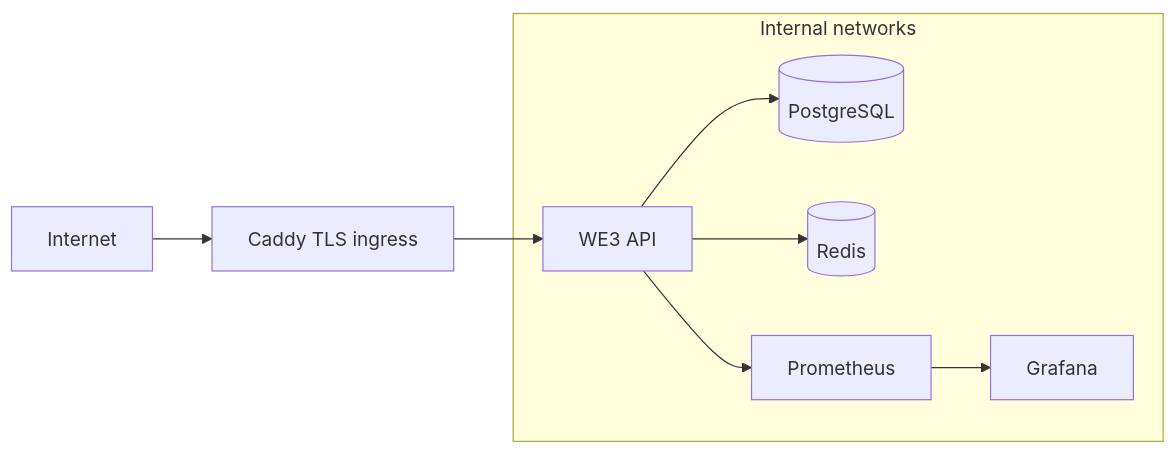
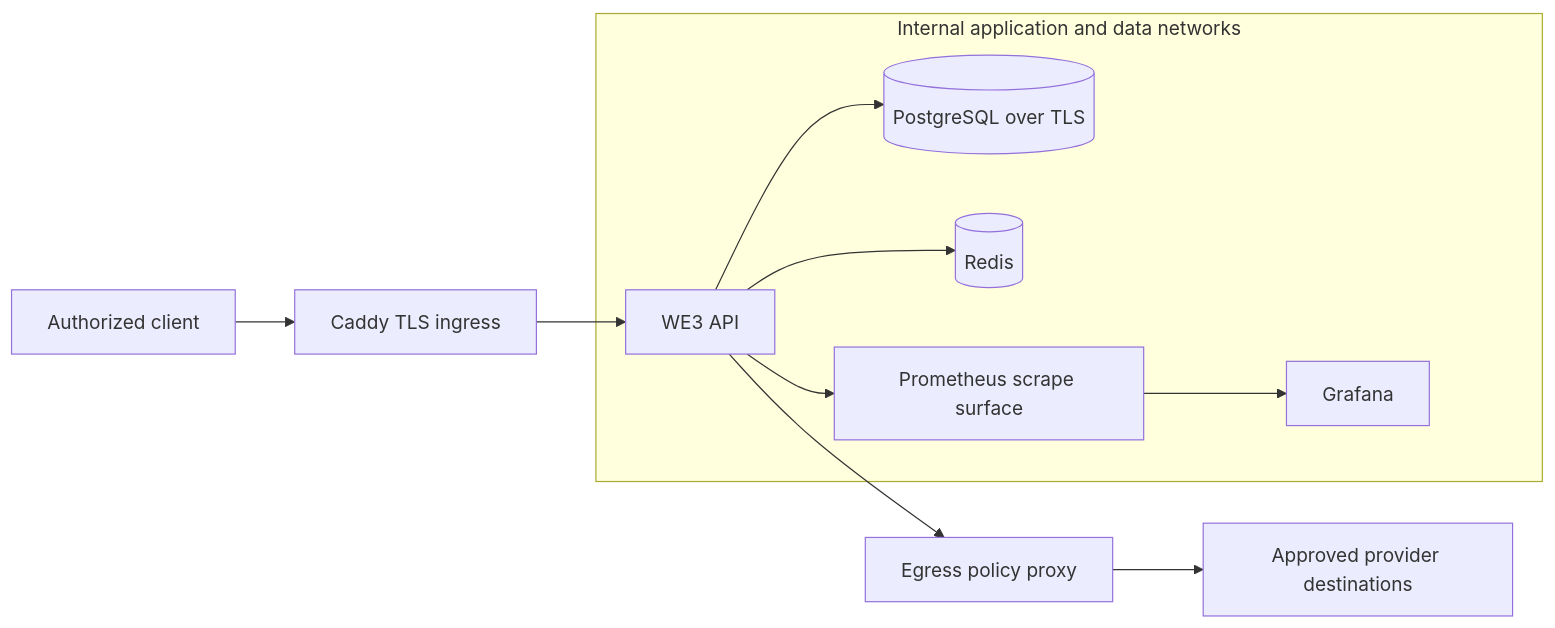
Before and after one commit to Runndownn/Wilson-Eval3ngine-: the fifth of 6 diagrams in README.md, drawn with Mermaid. The commit also changed other lines of this file, not shown here.

Commit message:
docs(readme): deliver enterprise architecture and evidence guide

````diff
--- a/README.md
+++ b/README.md
@@ -49,16 +166,19 @@
 ```mermaid
 flowchart LR
-    I[Internet] --> T[Caddy TLS ingress]
+    I[Authorized client] --> T[Caddy TLS ingress]
     T --> API[WE3 API]
-    API --> DB[(PostgreSQL)]
+    API --> DB[(PostgreSQL over TLS)]
     API --> REDIS[(Redis)]
-    API --> METRICS[Prometheus]
+    API --> METRICS[Prometheus scrape surface]
     METRICS --> GRAFANA[Grafana]
-    subgraph Internal networks
+    API --> EP[Egress policy proxy]
+    EP --> PROVIDER[Approved provider destinations]
+
+    subgraph Internal application and data networks
       API
       DB
       REDIS
       METRICS
       GRAFANA
     end
 ```
````
